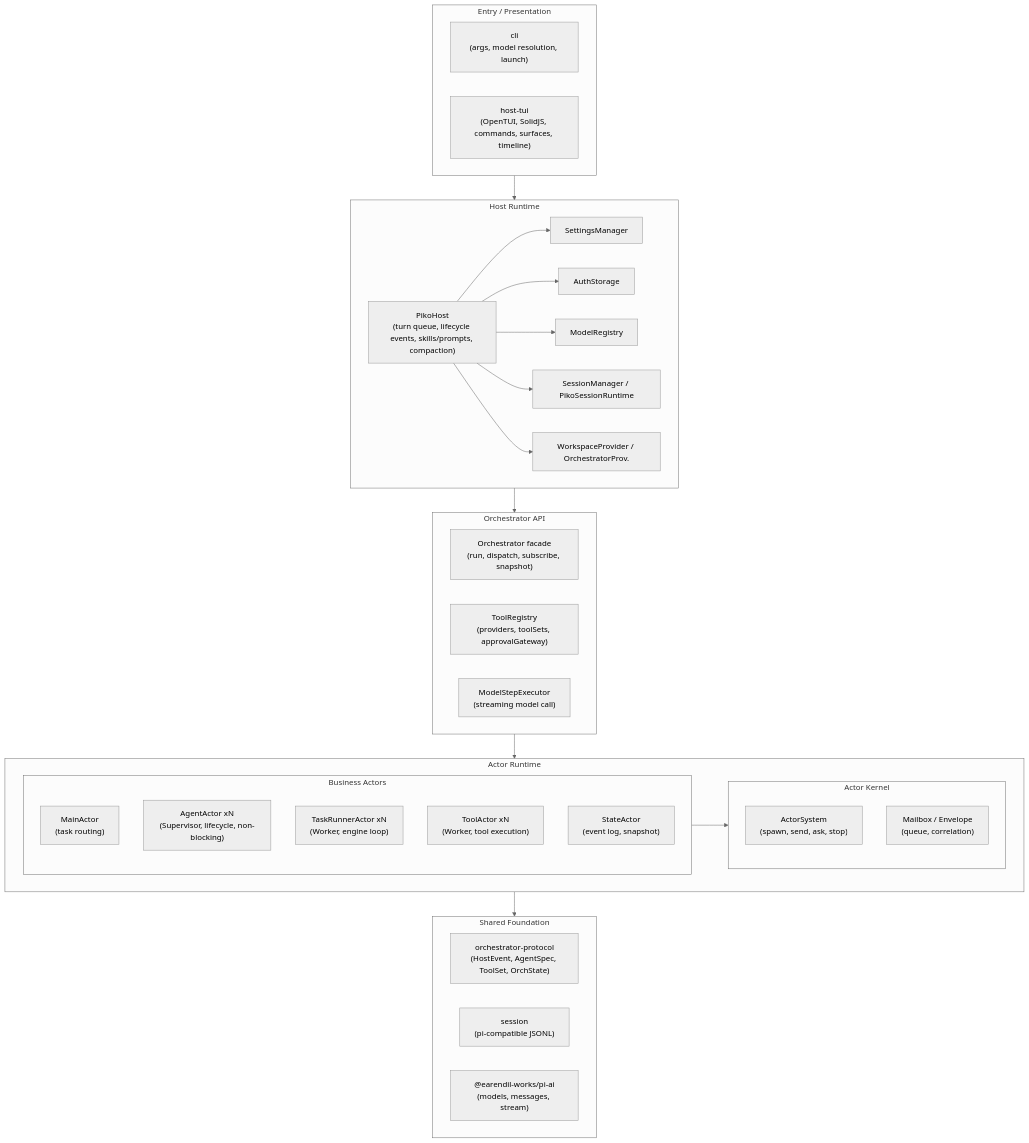
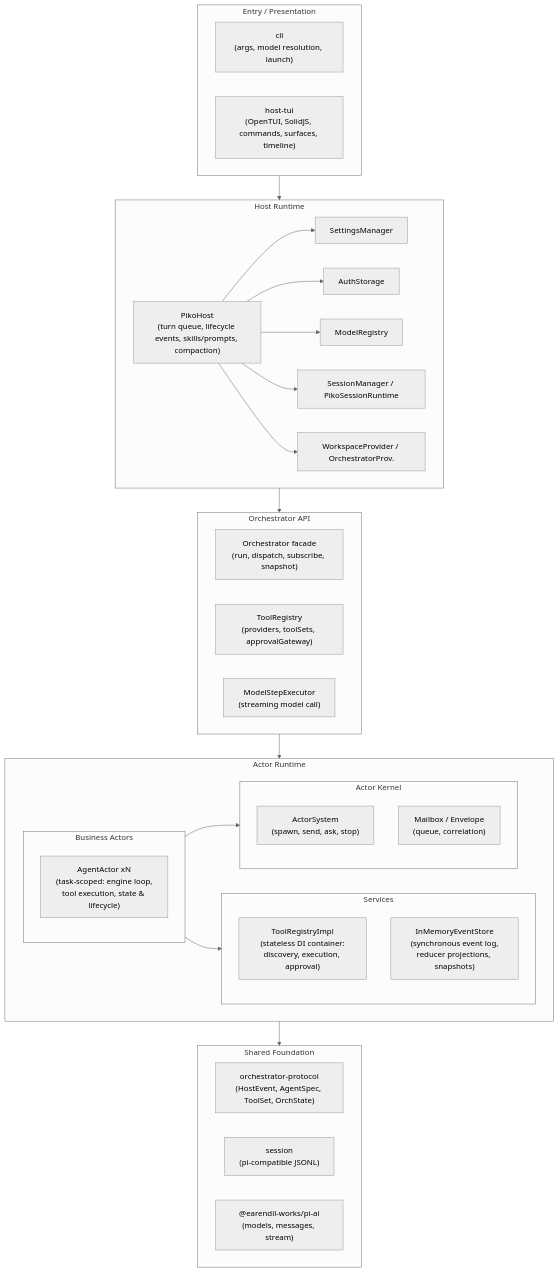
The first of 2 diagrams in README.md (biuld/piko), drawn with Mermaid (neutral theme) before and after one commit. The commit also changed other lines of this file and 10 other files, not shown here.

````diff
--- a/README.md
+++ b/README.md
@@ -11,56 +11,57 @@
 ```mermaid
 flowchart TD
     subgraph Presentation ["Entry / Presentation"]
         direction LR
         cli["cli<br/>(args, model resolution, launch)"]
         host-tui["host-tui<br/>(OpenTUI, SolidJS, commands, surfaces, timeline)"]
     end
 
     subgraph Host ["Host Runtime"]
         PikoHost["PikoHost<br/>(turn queue, lifecycle events, skills/prompts, compaction)"]
         SettingsManager["SettingsManager"]
         AuthStorage["AuthStorage"]
         ModelRegistry["ModelRegistry"]
         SessionManager["SessionManager / PikoSessionRuntime"]
         WorkspaceProvider["WorkspaceProvider / OrchestratorProv."]
         
         PikoHost --> SettingsManager
         PikoHost --> AuthStorage
         PikoHost --> ModelRegistry
         PikoHost --> SessionManager
         PikoHost --> WorkspaceProvider
     end
 
     subgraph OrchAPI ["Orchestrator API"]
         Orchestrator["Orchestrator facade<br/>(run, dispatch, subscribe, snapshot)"]
         ToolRegistry["ToolRegistry<br/>(providers, toolSets, approvalGateway)"]
         Executor["ModelStepExecutor<br/>(streaming model call)"]
     end
 
     subgraph ActorRuntime ["Actor Runtime"]
         subgraph BusinessActors ["Business Actors"]
-            MainActor["MainActor<br/>(task routing)"]
-            AgentActor["AgentActor xN<br/>(Supervisor, lifecycle, non-blocking)"]
-            TaskRunnerActor["TaskRunnerActor xN<br/>(Worker, engine loop)"]
-            ToolActor["ToolActor xN<br/>(Worker, tool execution)"]
-            StateActor["StateActor<br/>(event log, snapshot)"]
+            AgentActor["AgentActor xN<br/>(task-scoped: engine loop,<br/>tool execution, state & lifecycle)"]
+        end
+        subgraph Services ["Services"]
+            ToolRegistryImpl["ToolRegistryImpl<br/>(stateless DI container:<br/>discovery, execution, approval)"]
+            InMemoryEventStore["InMemoryEventStore<br/>(synchronous event log,<br/>reducer projections, snapshots)"]
         end
         subgraph ActorKernel ["Actor Kernel"]
             ActorSystem["ActorSystem<br/>(spawn, send, ask, stop)"]
             Mailbox["Mailbox / Envelope<br/>(queue, correlation)"]
         end
         
         BusinessActors --> ActorKernel
+        BusinessActors --> Services
     end
 
     subgraph Foundation ["Shared Foundation"]
         protocol["orchestrator-protocol<br/>(HostEvent, AgentSpec, ToolSet, OrchState)"]
         session["session<br/>(pi-compatible JSONL)"]
         pi_ai["@earendil-works/pi-ai<br/>(models, messages, stream)"]
     end
 
     Presentation --> Host
     Host --> OrchAPI
     OrchAPI --> ActorRuntime
     ActorRuntime --> Foundation
 ```
````
